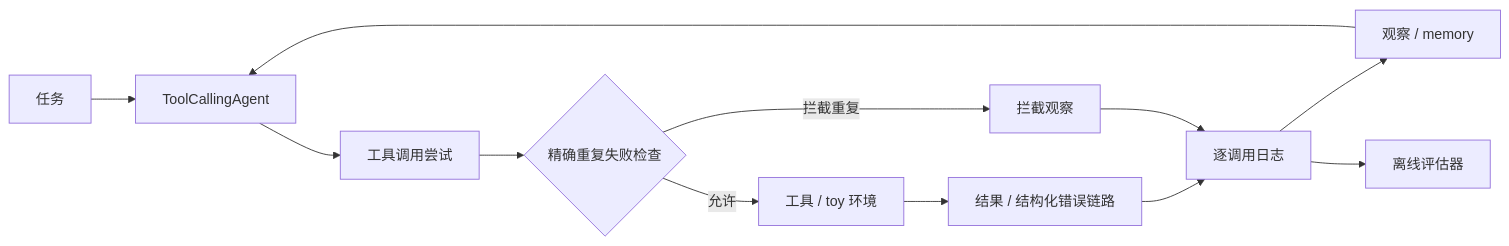
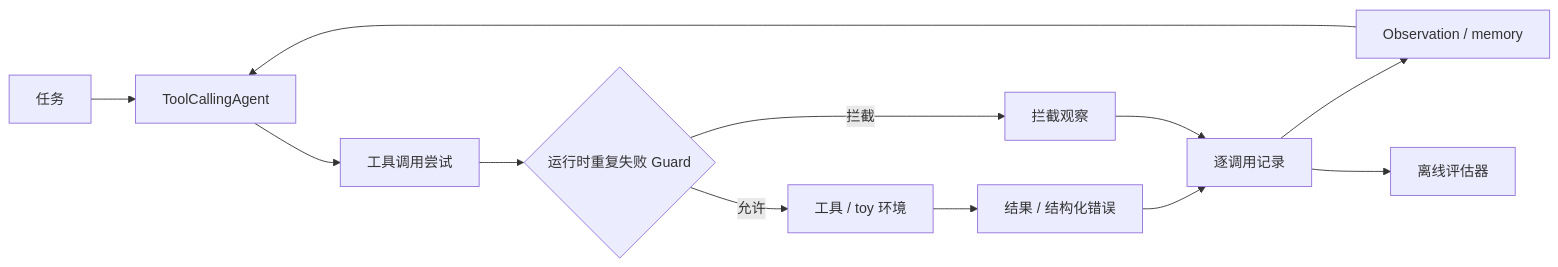
Before and after one commit to Kk111777/ReliableToolAgent: the diagram in README.zh-CN.md, drawn with Mermaid. The commit also changed other lines of this file and 9 other files, not shown here.

````diff
--- a/README.zh-CN.md
+++ b/README.zh-CN.md
@@ -40,14 +60,14 @@
 ```mermaid
 flowchart LR
     T[任务] --> A[ToolCallingAgent]
     A --> C[工具调用尝试]
-    C --> G{精确重复失败检查}
+    C --> G{运行时重复失败 Guard}
     G -->|允许| E[工具 / toy 环境]
-    G -->|拦截重复| B[拦截观察]
-    E --> F[结果 / 结构化错误链路]
-    F --> L[逐调用日志]
+    G -->|拦截| B[拦截观察]
+    E --> F[结果 / 结构化错误]
+    F --> L[逐调用记录]
     B --> L
-    L --> O[观察 / memory]
+    L --> O[Observation / memory]
     O --> A
     L --> V[离线评估器]
 ```
````
